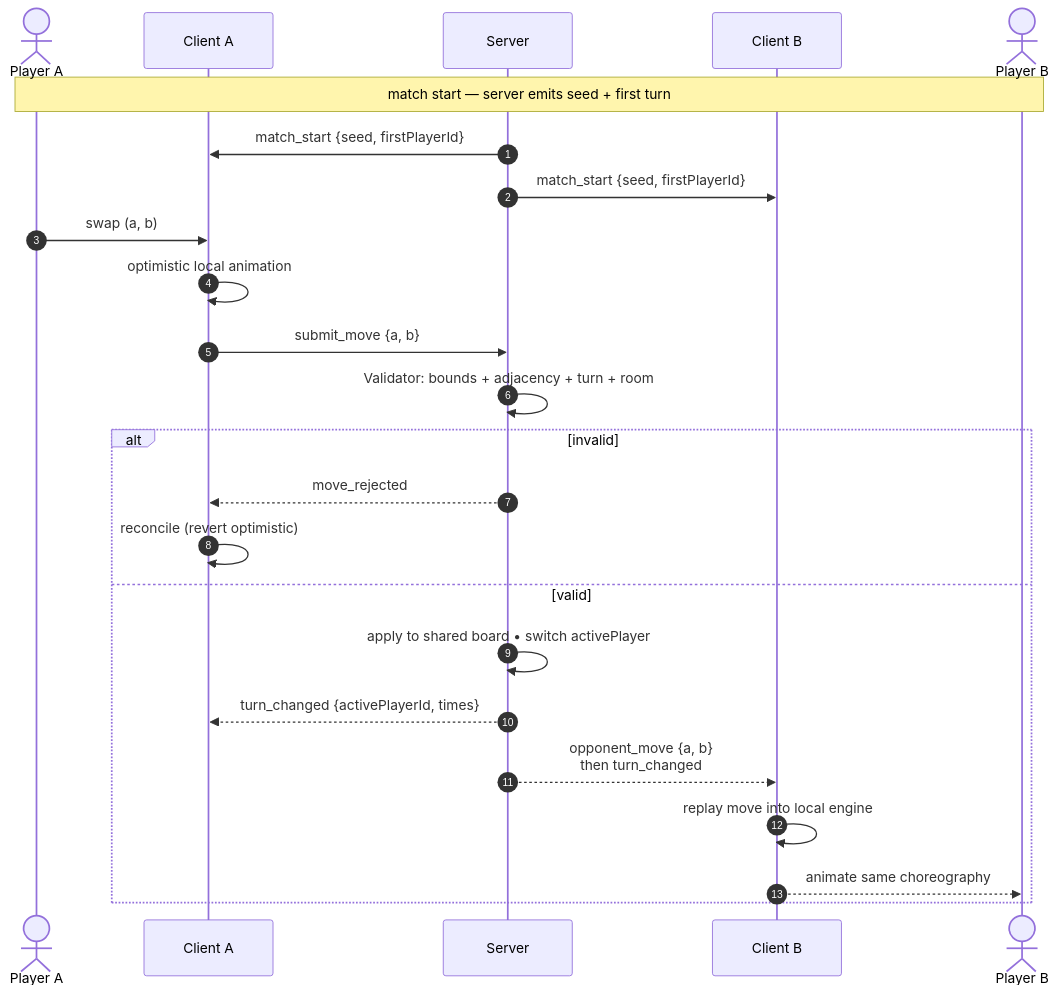
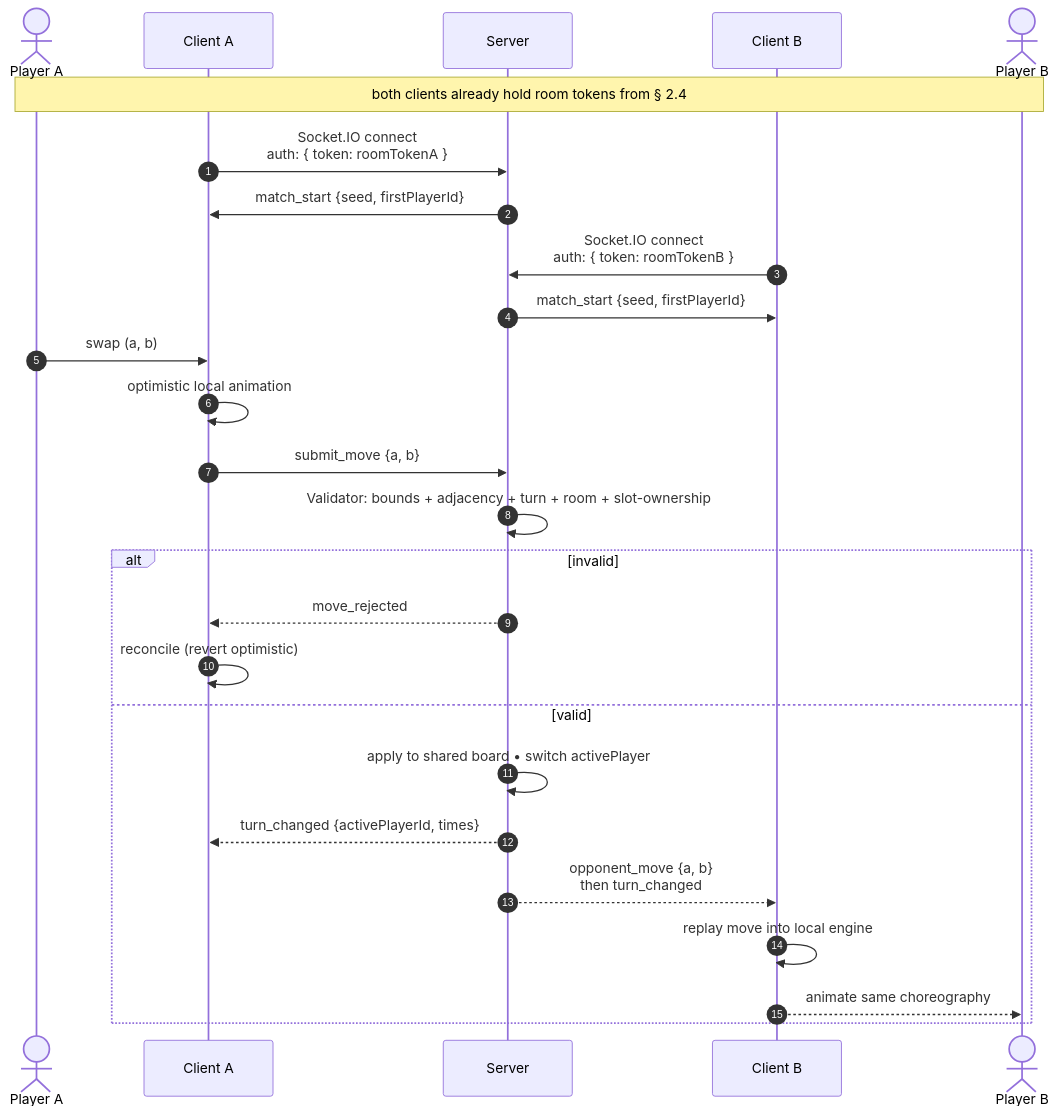
Before and after one commit to BuiHoangTu/match3-competitive-fe: the fifth of 9 diagrams in specification/system-design.md, drawn with Mermaid. The commit also changed other lines of this file and 2 other files, not shown here.

````diff
--- a/specification/system-design.md
+++ b/specification/system-design.md
@@ -240,26 +276,28 @@
 ```mermaid
 sequenceDiagram
     autonumber
     actor A as Player A
     participant CA as Client A
     participant S as Server
     participant CB as Client B
     actor B as Player B
-    Note over A,B: match start — server emits seed + first turn
+    Note over A,B: both clients already hold room tokens from § 2.4
+    CA->>S: Socket.IO connect<br/>auth: { token: roomTokenA }
     S->>CA: match_start {seed, firstPlayerId}
+    CB->>S: Socket.IO connect<br/>auth: { token: roomTokenB }
     S->>CB: match_start {seed, firstPlayerId}
     A->>CA: swap (a, b)
     CA->>CA: optimistic local animation
     CA->>S: submit_move {a, b}
-    S->>S: Validator: bounds + adjacency + turn + room
+    S->>S: Validator: bounds + adjacency + turn + room + slot-ownership
     alt invalid
         S-->>CA: move_rejected
         CA->>CA: reconcile (revert optimistic)
     else valid
         S->>S: apply to shared board • switch activePlayer
         S-->>CA: turn_changed {activePlayerId, times}
         S-->>CB: opponent_move {a, b}<br/>then turn_changed
         CB->>CB: replay move into local engine
         CB-->>B: animate same choreography
     end
 ```
````
